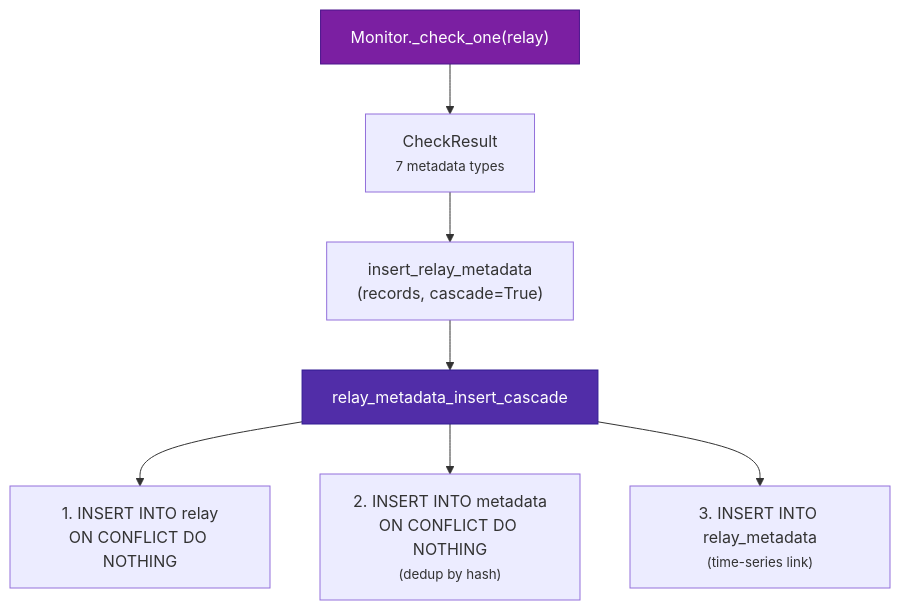
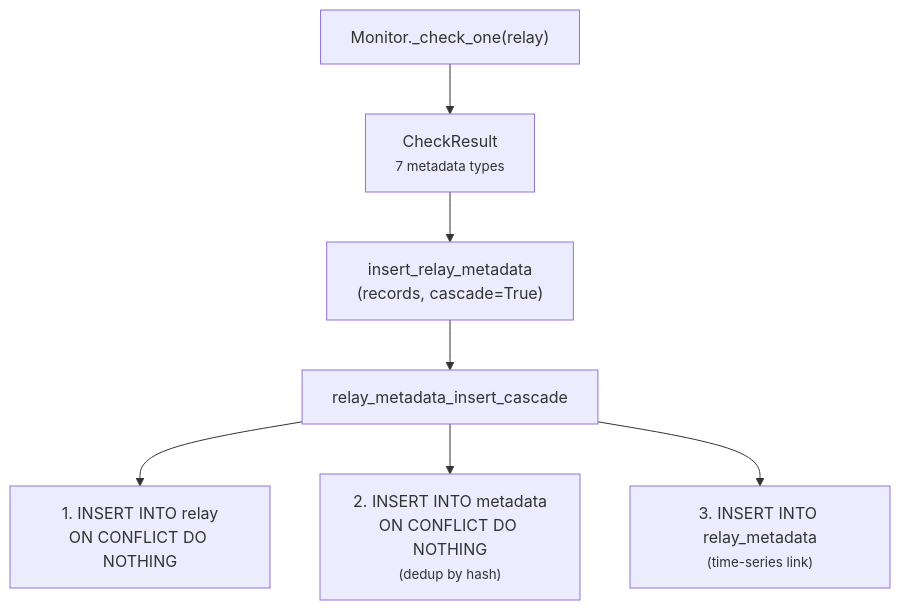
One commit to BigBrotr/bigbrotr changed the fifth of 7 diagrams in docs/user-guide/architecture.md. Above: the diagram before and after it, drawn with Mermaid. The commit also changed other lines of this file and 10 other files, not shown here.

````diff
--- a/docs/user-guide/architecture.md
+++ b/docs/user-guide/architecture.md
@@ -505,12 +532,10 @@
 ```mermaid
 flowchart TD
     A["Monitor._check_one(relay)"] --> B["CheckResult<br/><small>7 metadata types</small>"]
     B --> C["insert_relay_metadata<br/>(records, cascade=True)"]
     C --> D["relay_metadata_insert_cascade"]
     D --> E["1. INSERT INTO relay<br/>ON CONFLICT DO NOTHING"]
     D --> F["2. INSERT INTO metadata<br/>ON CONFLICT DO NOTHING<br/><small>(dedup by hash)</small>"]
     D --> G["3. INSERT INTO relay_metadata<br/><small>(time-series link)</small>"]
 
-    style A fill:#7B1FA2,color:#fff,stroke:#4A148C
-    style D fill:#512DA8,color:#fff,stroke:#311B92
 ```
````
